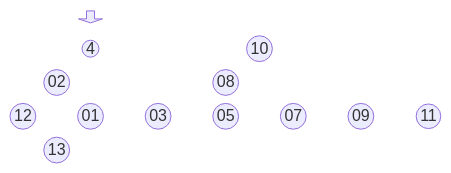
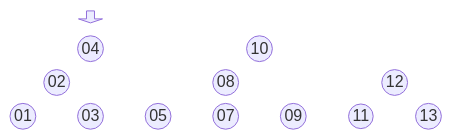
One commit to BenhurUFSM/l226b changed the fourth of 4 diagrams in Assuntos/arvore-aa.md. Above: the diagram before and after it, drawn with Mermaid.

````diff
--- a/Assuntos/arvore-aa.md
+++ b/Assuntos/arvore-aa.md
@@ -153,19 +153,19 @@
 ```mermaid
 block
 columns 13
 space:2 f<[" "]>(down) space:10
-space:2 r(("4")) space:4 d(("10")) space:5
-space e(("02")) space:4 de(("08")) space:6 dd(("12")) space
+space:2 r(("04")) space:4 d(("10")) space:5
+space e(("02")) space:4 de(("08")) space:4 dd(("12")) space
 ee(("01")) space ed(("03")) space dee(("05")) space deed(("07")) space ded(("09")) space dde(("11")) space ddd(("13"))
 %%r-->e
 %%r-->d
 %%e-->ee
 %%e-->ed
 %%d-->de
 %%d-->dd
 %%de-->dee
 %%de-->ded
 %%dee->deed
 %%dd->dde
 %%dd->ddd
 ```
````
